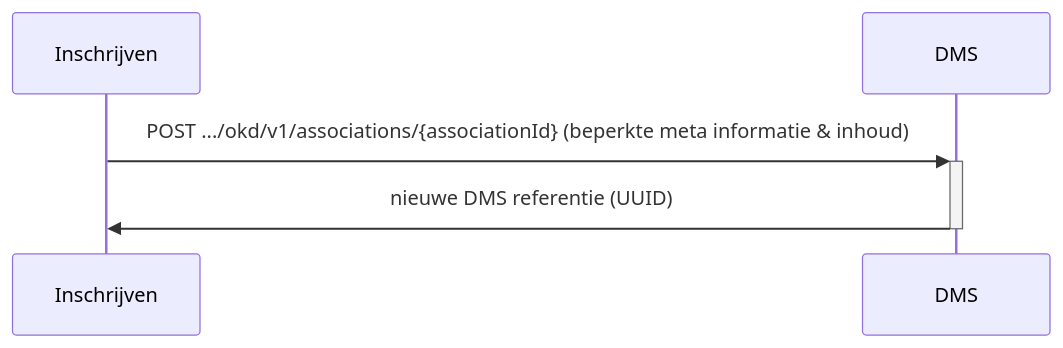
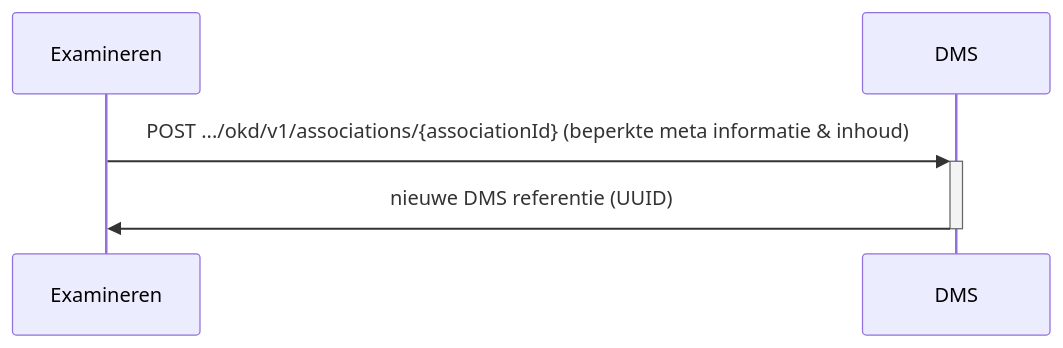
One commit to Onderwijs-Koppelingen-OKx/OKD-Document-Management changed the diagram in doc/flow-2.md. Above: the diagram before and after it, drawn with Mermaid. The commit also changed 7 other files, not shown here.

Commit message:
Ingescande flow voorstel

````diff
--- a/doc/flow-2.md
+++ b/doc/flow-2.md
@@ -17,9 +17,9 @@
 ```mermaid
 sequenceDiagram
-    Participant Inschrijven
+    Participant Examineren
     Participant DMS
 
-    Inschrijven->>+DMS: POST .../okd/v1/associations/{associationId} (beperkte meta informatie & inhoud)
-    DMS->>-Inschrijven: nieuwe DMS referentie (UUID)
+    Examineren->>+DMS: POST .../okd/v1/associations/{associationId} (beperkte meta informatie & inhoud)
+    DMS->>-Examineren: nieuwe DMS referentie (UUID)
 
 ```
````
